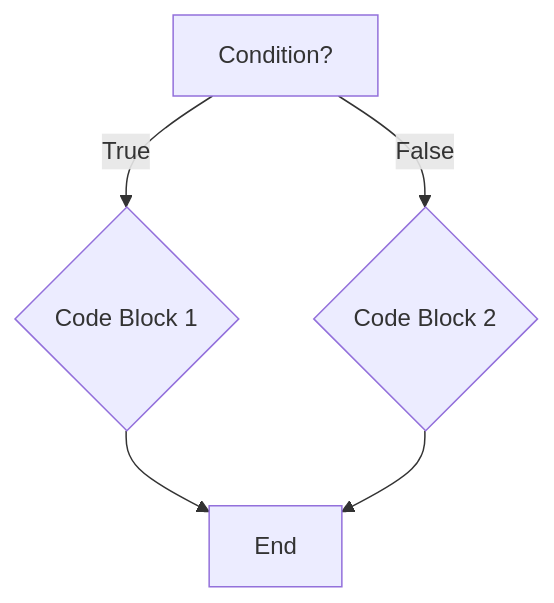
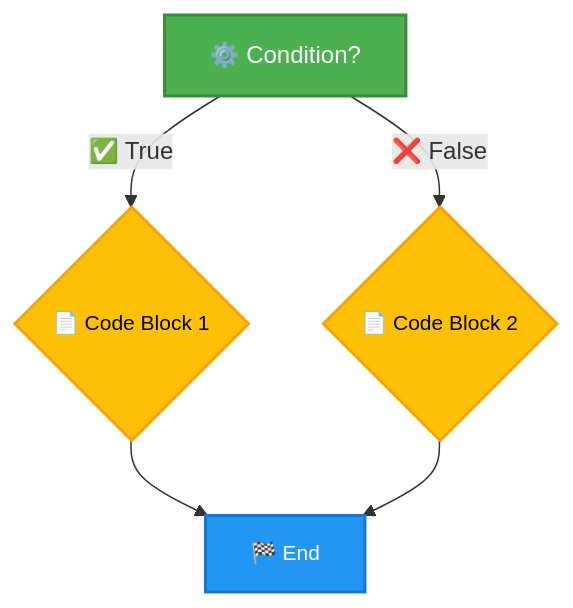
Before and after one commit to infoyouth/infoyouth.github.io: the second of 10 diagrams in _posts/2024-12-05-04.-flow-control-in-java.md, drawn with Mermaid. The commit also changed other lines of this file, not shown here.

````diff
--- a/_posts/2024-12-05-04.-flow-control-in-java.md
+++ b/_posts/2024-12-05-04.-flow-control-in-java.md
@@ -197,7 +192,14 @@
 ```mermaid
 graph TD
-    A[Condition?] -->|True| B{Code Block 1};
-    A -->|False| C{Code Block 2};
-    B --> D[End];
+    A[⚙️ Condition?] -->|✅ True| B{📄 Code Block 1};
+    A -->|❌ False| C{📄 Code Block 2};
+    B --> D[🏁 End];
     C --> D;
+
+    %% Node Styles
+    style A fill:#4CAF50,stroke:#388E3C,stroke-width:2px,color:#FFFFFF,font-size:16px
+    style B fill:#FFC107,stroke:#FFA000,stroke-width:2px,color:#000000,font-size:14px
+    style C fill:#FFC107,stroke:#FFA000,stroke-width:2px,color:#000000,font-size:14px
+    style D fill:#2196F3,stroke:#1976D2,stroke-width:2px,color:#FFFFFF,font-size:14px
+
 ```
````
